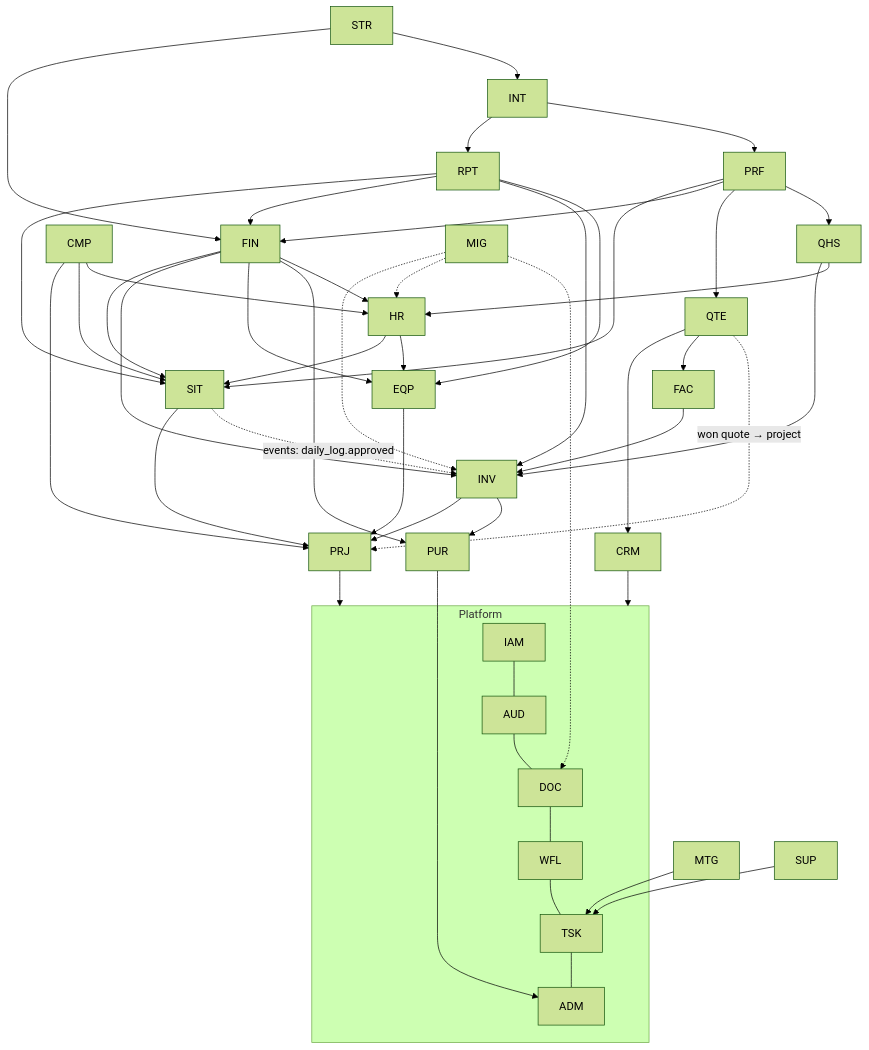
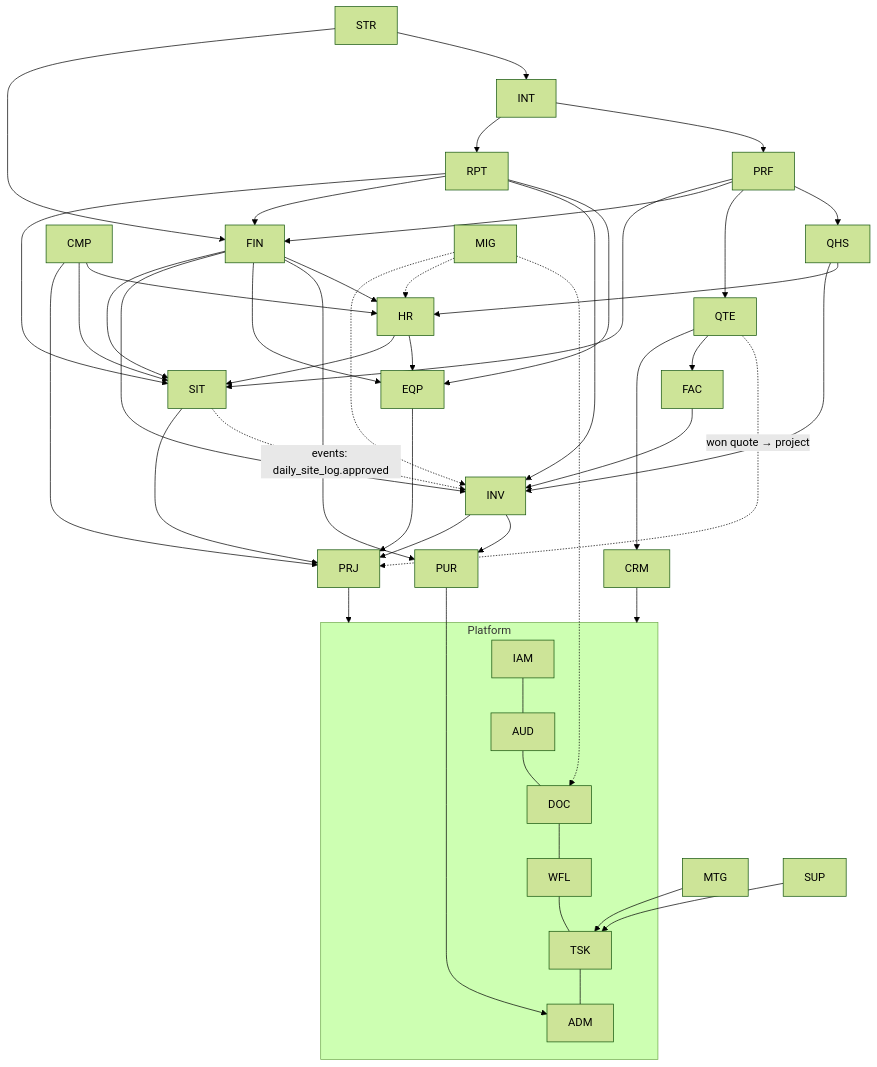
One commit to erenkarakoc/geoges-panel changed the diagram in docs/architecture/MODULE_MAP.md. Above: the diagram before and after it, drawn with Mermaid (forest theme). The commit also changed other lines of this file and 11 other files, not shown here.

````diff
--- a/docs/architecture/MODULE_MAP.md
+++ b/docs/architecture/MODULE_MAP.md
@@ -47,48 +47,48 @@
 ```mermaid
 flowchart TB
   subgraph PLATFORM[Platform]
     IAM --- AUD --- DOC --- WFL --- TSK --- ADM
   end
 
   PRJ --> PLATFORM
   SIT --> PRJ
   PUR --> ADM
   INV --> PRJ
   INV --> PUR
-  SIT -. "events: daily_log.approved" .-> INV
+  SIT -. "events: daily_site_log.approved" .-> INV
   FAC --> INV
   EQP --> PRJ
   FIN --> SIT
   FIN --> INV
   FIN --> EQP
   FIN --> PUR
   HR --> SIT
   HR --> EQP
   FIN --> HR
   CRM --> PLATFORM
   QTE --> CRM
   QTE --> FAC
   QTE -. "won quote → project" .-> PRJ
   CMP --> PRJ
   CMP --> SIT
   CMP --> HR
   QHS --> INV
   QHS --> HR
   MTG --> TSK
   SUP --> TSK
   RPT --> SIT
   RPT --> FIN
   RPT --> INV
   RPT --> EQP
   PRF --> SIT
   PRF --> FIN
   PRF --> QTE
   PRF --> QHS
   INT --> RPT
   INT --> PRF
   STR --> FIN
   STR --> INT
   MIG -.-> INV
   MIG -.-> HR
   MIG -.-> DOC
 ```
````
